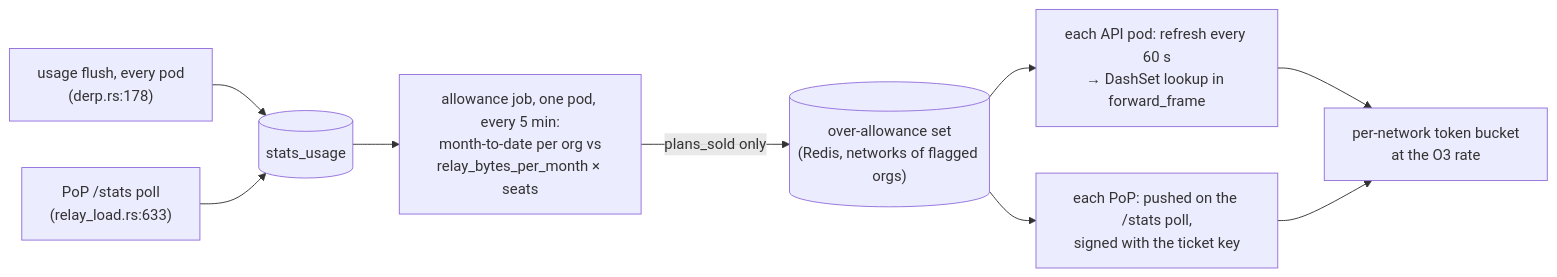
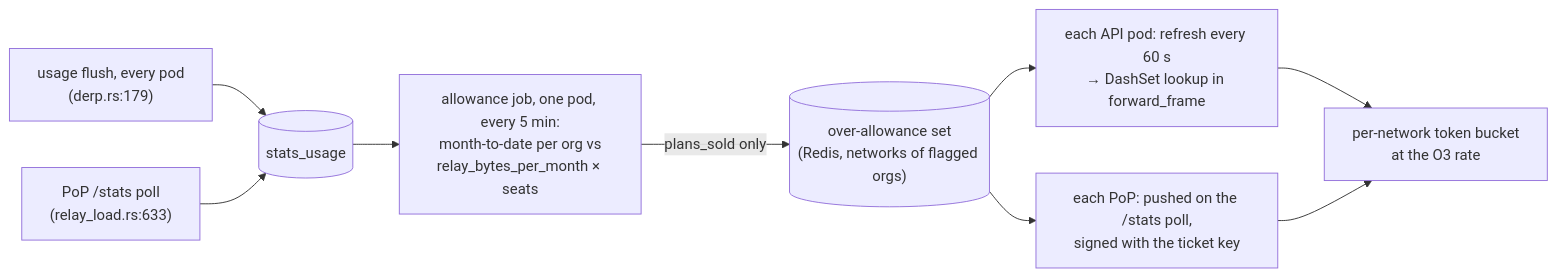
The fourth of 6 diagrams in docs/fr/FR-115-pricing-reshape.md (gjovanov/roomler-ai), drawn with Mermaid before and after one commit. The commit also changed other lines of this file and 30 other files, not shown here.

````diff
--- a/docs/fr/FR-115-pricing-reshape.md
+++ b/docs/fr/FR-115-pricing-reshape.md
@@ -351,10 +351,10 @@
 ```mermaid
 flowchart LR
-    FL["usage flush, every pod<br/>(derp.rs:178)"] --> L[("stats_usage")]
+    FL["usage flush, every pod<br/>(derp.rs:179)"] --> L[("stats_usage")]
     PP["PoP /stats poll<br/>(relay_load.rs:633)"] --> L
     L --> J["allowance job, one pod, every 5 min:<br/>month-to-date per org vs<br/>relay_bytes_per_month × seats"]
     J -->|plans_sold only| S[("over-allowance set<br/>(Redis, networks of flagged orgs)")]
     S --> A["each API pod: refresh every 60 s<br/>→ DashSet lookup in forward_frame"]
     S --> P["each PoP: pushed on the /stats poll,<br/>signed with the ticket key"]
     A & P --> TB["per-network token bucket<br/>at the O3 rate"]
 ```
````
